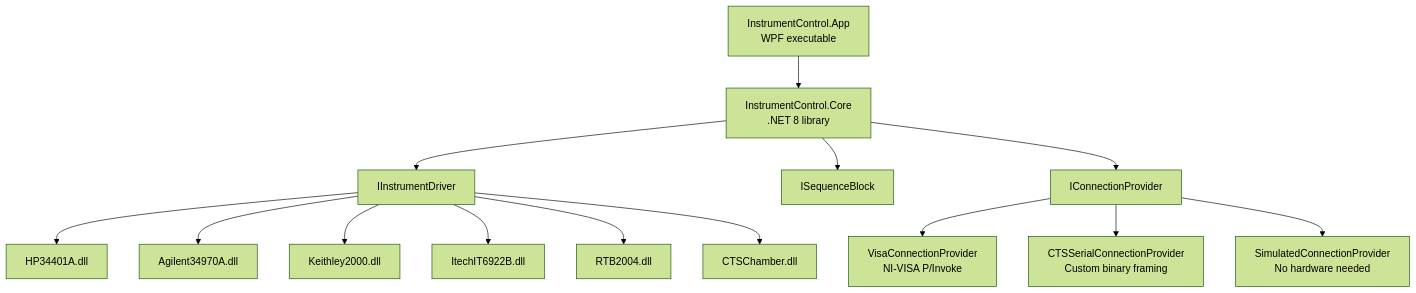
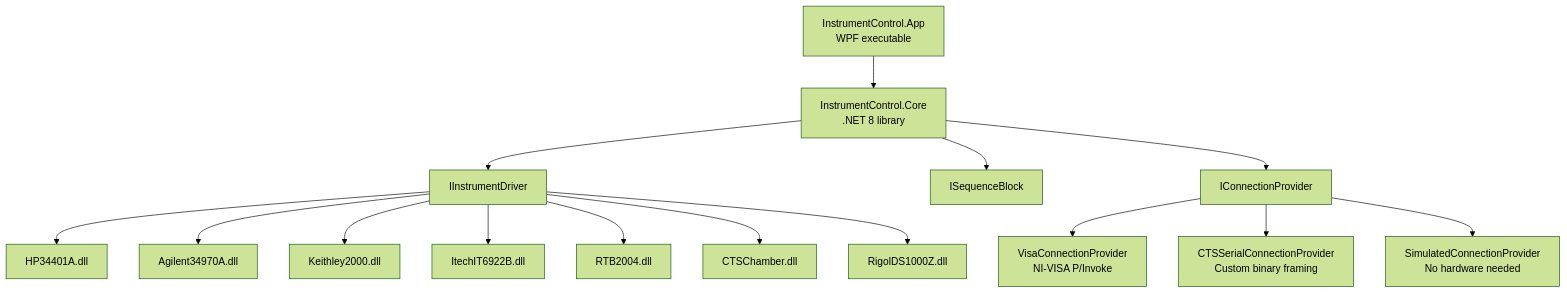
Before and after one commit to bartkepl/InstrumentControl: the diagram in docs/index.md, drawn with Mermaid (forest theme). The commit also changed other lines of this file and 20 other files, not shown here.

````diff
--- a/docs/index.md
+++ b/docs/index.md
@@ -77,16 +78,17 @@
 ```mermaid
 graph TD
     A[InstrumentControl.App<br/>WPF executable] --> B[InstrumentControl.Core<br/>.NET 8 library]
     B --> C[IInstrumentDriver]
     B --> D[ISequenceBlock]
     B --> E[IConnectionProvider]
     C --> F[HP34401A.dll]
     C --> G[Agilent34970A.dll]
     C --> H[Keithley2000.dll]
     C --> I[ItechIT6922B.dll]
     C --> J[RTB2004.dll]
     C --> K[CTSChamber.dll]
+    C --> L2[RigolDS1000Z.dll]
     E --> L[VisaConnectionProvider<br/>NI-VISA P/Invoke]
     E --> M[CTSSerialConnectionProvider<br/>Custom binary framing]
     E --> N[SimulatedConnectionProvider<br/>No hardware needed]
 ```
````
